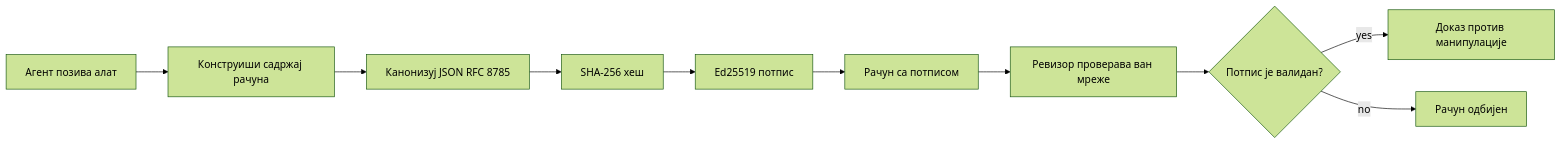
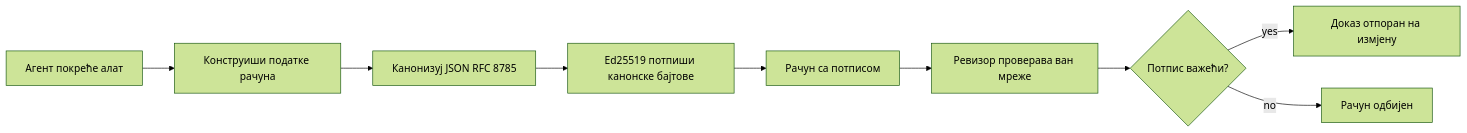
The first of 2 diagrams in translations/sr/18-securing-ai-agents/README.md (microsoft/ai-agents-for-beginners), drawn with Mermaid (forest theme) before and after one commit. The commit also changed other lines of this file and 47 other files, not shown here.

````diff
--- a/translations/sr/18-securing-ai-agents/README.md
+++ b/translations/sr/18-securing-ai-agents/README.md
@@ -51,12 +51,11 @@
 ```mermaid
 flowchart LR
-    A[Агент позива алат] --> B[Конструиши садржај рачуна]
+    A[Агент покреће алат] --> B[Конструиши податке рачуна]
     B --> C[Канонизуј JSON RFC 8785]
-    C --> D[SHA-256 хеш]
-    D --> E[Ed25519 потпис]
+    C --> E[Ed25519 потпиши канонске бајтове]
     E --> F[Рачун са потписом]
     F --> G[Ревизор проверава ван мреже]
-    G --> H{Потпис је валидан?}
-    H -- yes --> I[Доказ против манипулације]
+    G --> H{Потпис важећи?}
+    H -- yes --> I[Доказ отпоран на измјену]
     H -- no --> J[Рачун одбијен]
 ```
````
